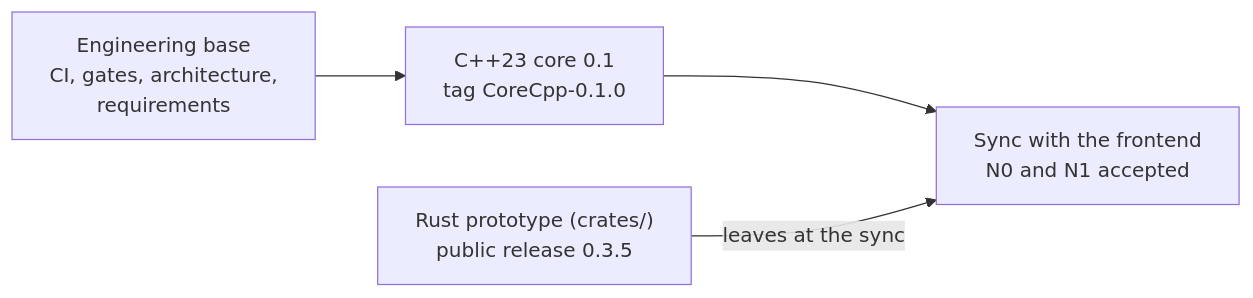
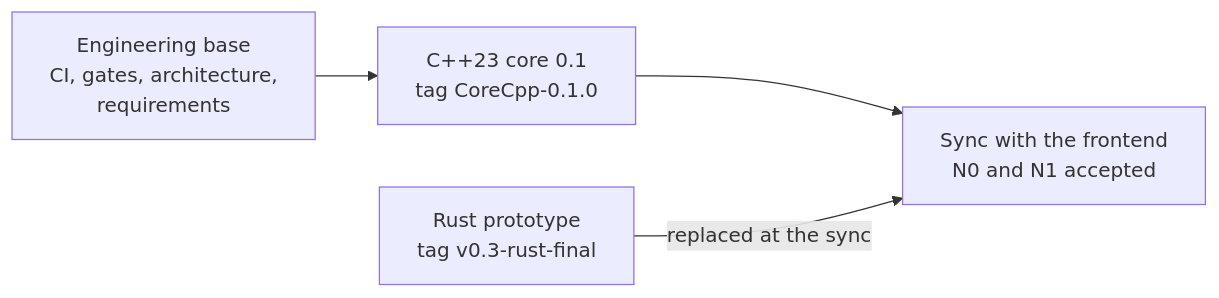
One commit to ViktorWalde/KineinVectis changed the first of 3 diagrams in README.md. Above: the diagram before and after it, drawn with Mermaid. The commit also changed other lines of this file and 1083 other files, not shown here.

First line of the commit message:
chore: the prototype leaves the repository

````diff
--- a/README.md
+++ b/README.md
@@ -36,6 +37,6 @@
 ```mermaid
 flowchart LR
     BASE["Engineering base<br/>CI, gates, architecture,<br/>requirements"] --> CORE01["C++23 core 0.1<br/>tag CoreCpp-0.1.0"]
     CORE01 --> SYNC["Sync with the frontend<br/>N0 and N1 accepted"]
-    RUST["Rust prototype (crates/)<br/>public release 0.3.5"] -->|leaves at the sync| SYNC
+    RUST["Rust prototype<br/>tag v0.3-rust-final"] -->|replaced at the sync| SYNC
 ```
````
